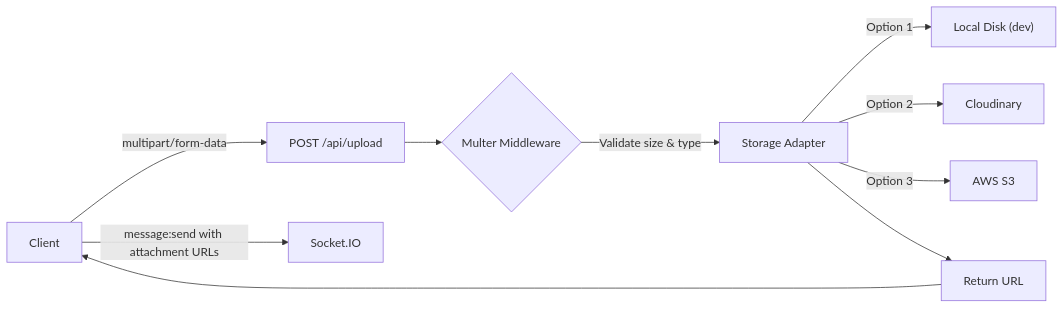
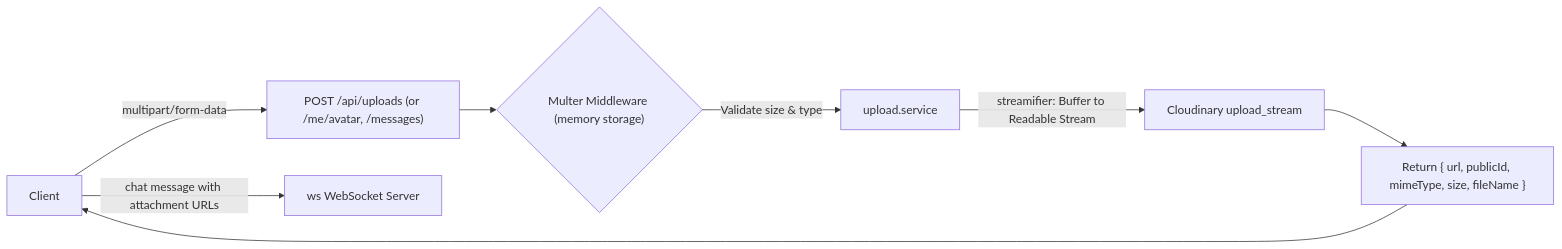
Before and after one commit to TridibeshSam31/messaging-platform: the fourth of 5 diagrams in Readme.md, drawn with Mermaid. The commit also changed other lines of this file, not shown here.

First line of the commit message:
Revise README for backend updates and WebSocket layer

````diff
--- a/Readme.md
+++ b/Readme.md
@@ -179,12 +221,10 @@
 ```mermaid
 graph LR
-    A["Client"] -->|"multipart/form-data"| B["POST /api/upload"]
-    B --> C{"Multer Middleware"}
-    C -->|"Validate size & type"| D["Storage Adapter"]
-    D -->|"Option 1"| E["Local Disk (dev)"]
-    D -->|"Option 2"| F["Cloudinary"]
-    D -->|"Option 3"| G["AWS S3"]
-    D --> H["Return URL"]
-    H --> A
-    A -->|"message:send with attachment URLs"| I["Socket.IO"]
+    A["Client"] -->|"multipart/form-data"| B["POST /api/uploads (or /me/avatar, /messages)"]
+    B --> C{"Multer Middleware (memory storage)"}
+    C -->|"Validate size & type"| D["upload.service"]
+    D -->|"streamifier: Buffer to Readable Stream"| E["Cloudinary upload_stream"]
+    E --> F["Return { url, publicId, mimeType, size, fileName }"]
+    F --> A
+    A -->|"chat message with attachment URLs"| G["ws WebSocket Server"]
 ```
````
